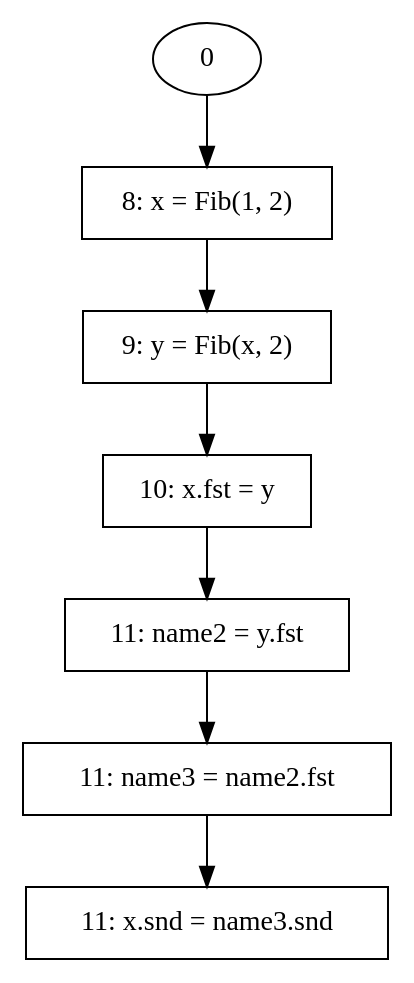
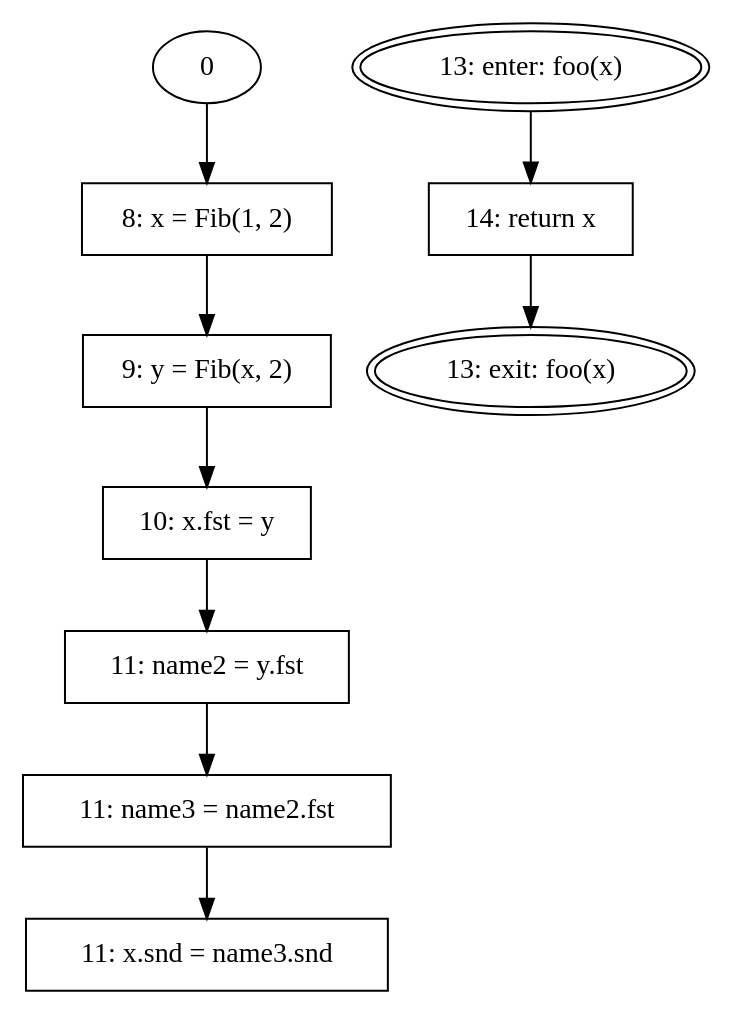
The diagram in main/Source.gv (racerand/PyAnalysis), drawn with Graphviz before and after one commit. The commit also changed 2 other files, not shown here.

```diff
--- a/main/Source.gv
+++ b/main/Source.gv
@@ -1,15 +1,20 @@
 // Control Flow Graph
 digraph {
 	1 [label="8: x = Fib(1, 2)" peripheries=1 shape=rectangle]
 	0 -> 1
 	2 [label="9: y = Fib(x, 2)" peripheries=1 shape=rectangle]
 	1 -> 2
 	3 [label="10: x.fst = y" peripheries=1 shape=rectangle]
 	2 -> 3
 	4 [label="11: name2 = y.fst" peripheries=1 shape=rectangle]
 	3 -> 4
 	5 [label="11: name3 = name2.fst" peripheries=1 shape=rectangle]
 	4 -> 5
 	6 [label="11: x.snd = name3.snd" peripheries=1 shape=rectangle]
 	5 -> 6
+	7 [label="13: enter: foo(x)" peripheries=2 shape=oval]
+	8 [label="13: exit: foo(x)" peripheries=2 shape=oval]
+	9 -> 8
+	9 [label="14: return x" peripheries=1 shape=rectangle]
+	7 -> 9
 }
```
